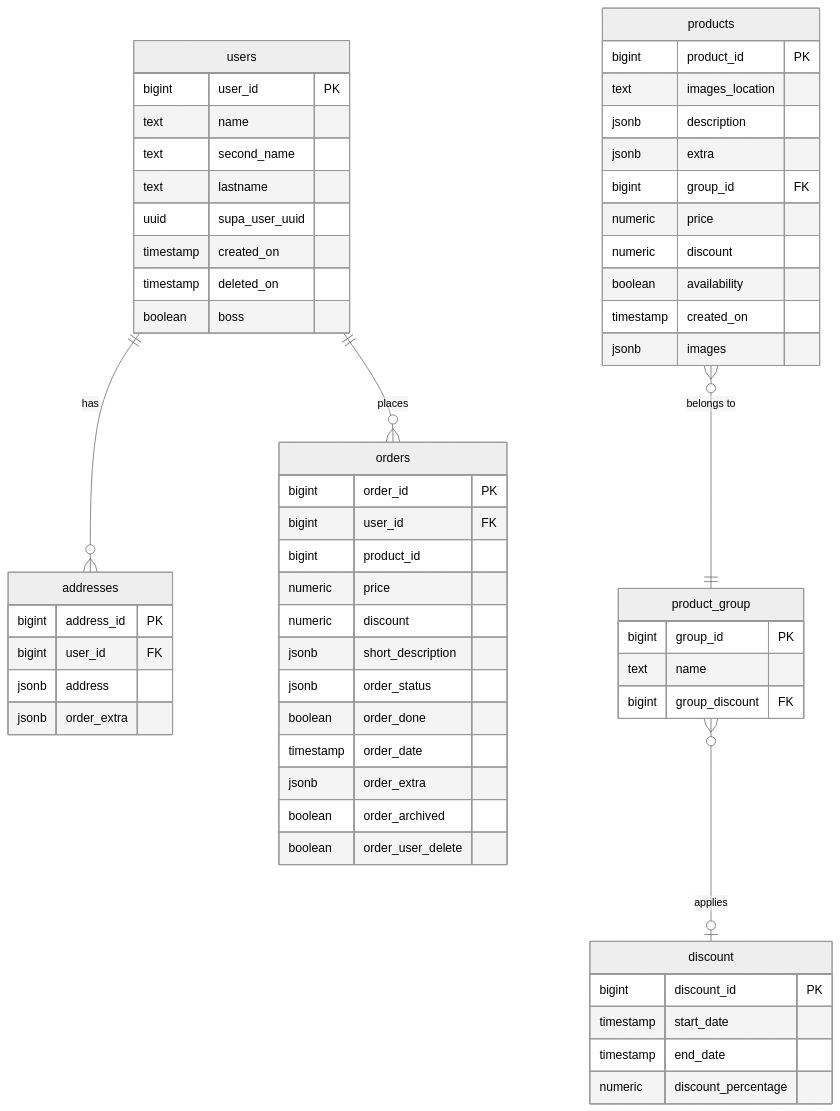
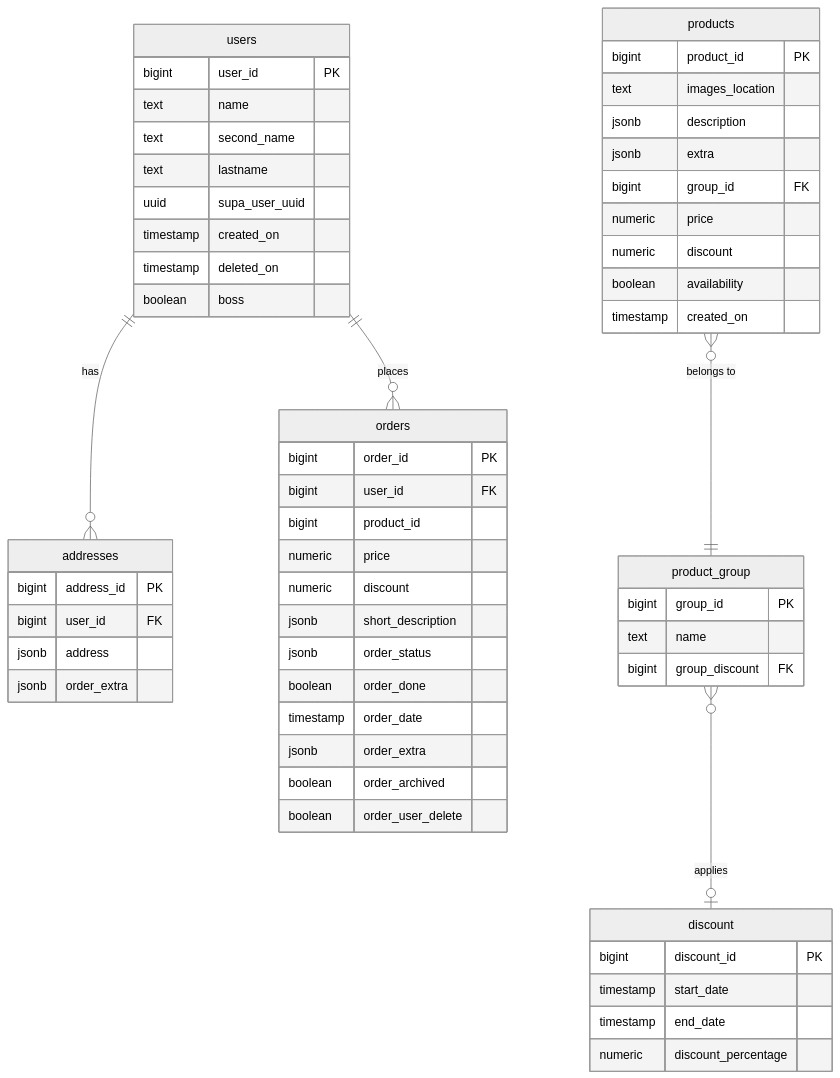
Before and after one commit to barzakov/incognito-farm: the diagram in docs/database.md, drawn with Mermaid (neutral theme). The commit also changed other lines of this file and 14 other files, not shown here.

````diff
--- a/docs/database.md
+++ b/docs/database.md
@@ -5,66 +5,65 @@
 ```mermaid
 erDiagram
     users {
         bigint  user_id       PK
         text    name
         text    second_name
         text    lastname
         uuid    supa_user_uuid
         timestamp created_on
         timestamp deleted_on
         boolean boss
     }
 
     addresses {
         bigint  address_id    PK
         bigint  user_id       FK
         jsonb   address
         jsonb   order_extra
     }
 
     orders {
         bigint    order_id        PK
         bigint    user_id         FK
         bigint    product_id
         numeric   price
         numeric   discount
         jsonb     short_description
         jsonb     order_status
         boolean   order_done
         timestamp order_date
         jsonb     order_extra
         boolean   order_archived
         boolean   order_user_delete
     }
 
     products {
         bigint    product_id       PK
         text      images_location
         jsonb     description
         jsonb     extra
         bigint    group_id         FK
         numeric   price
         numeric   discount
         boolean   availability
         timestamp created_on
-        jsonb     images
     }
 
     product_group {
         bigint group_id        PK
         text   name
         bigint group_discount  FK
     }
 
     discount {
         bigint    discount_id  PK
         timestamp start_date
         timestamp end_date
         numeric   discount_percentage
     }
 
     users        ||--o{ addresses     : "has"
     users        ||--o{ orders        : "places"
     product_group }o--o| discount      : "applies"
     products     }o--|| product_group  : "belongs to"
 ```
````
